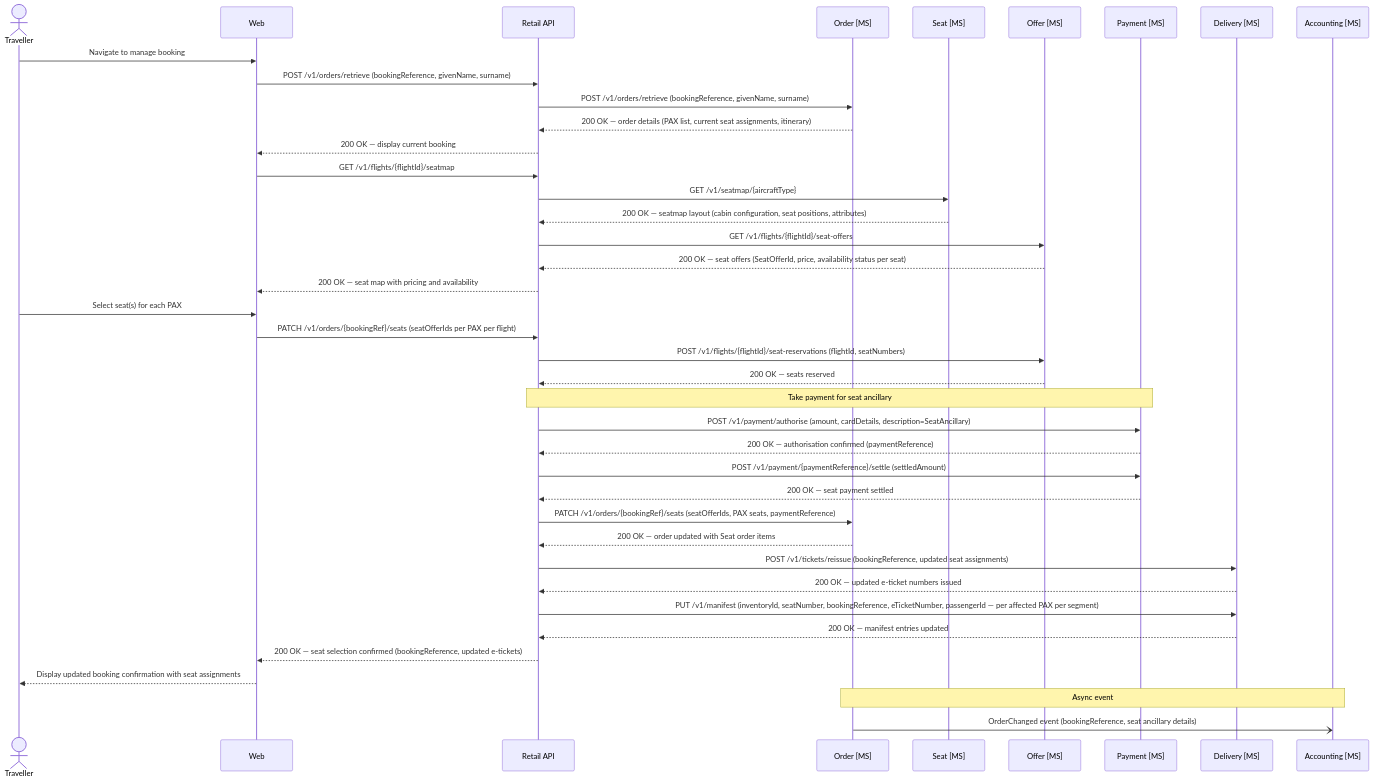
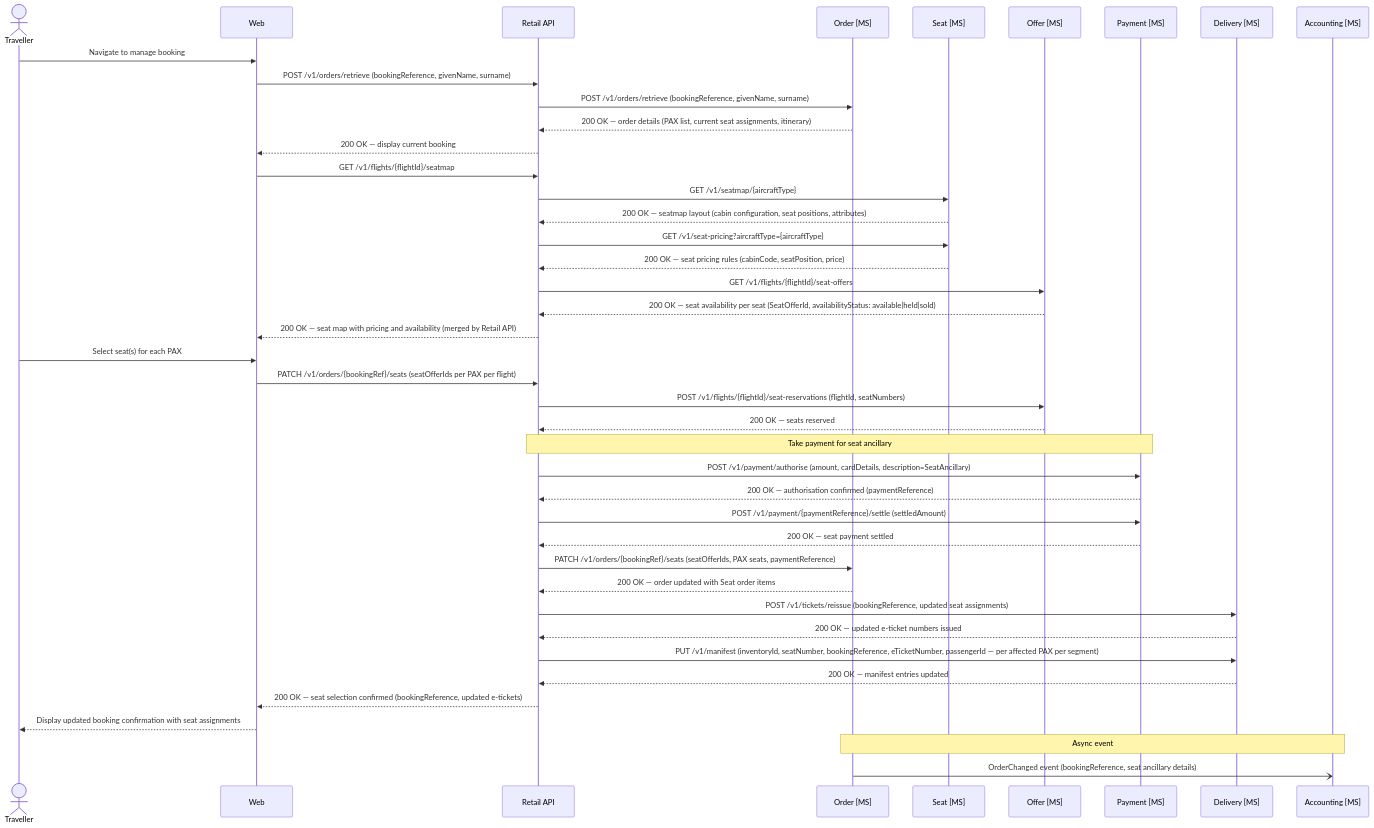
One commit to sebharvey/airline-reservation-system changed diagram 15 of 27 in architecture/design.md. Above: the diagram before and after it, drawn with Mermaid. The commit also changed other lines of this file and 2 other files, not shown here.

````diff
--- a/architecture/design.md
+++ b/architecture/design.md
@@ -1800,54 +1811,56 @@
 ```mermaid
 sequenceDiagram
     actor Traveller
     participant Web
     participant RetailAPI as Retail API
     participant OrderMS as Order [MS]
     participant SeatMS as Seat [MS]
     participant OfferMS as Offer [MS]
     participant PaymentMS as Payment [MS]
     participant DeliveryMS as Delivery [MS]
     participant AccountingMS as Accounting [MS]
 
     Traveller->>Web: Navigate to manage booking
 
     Web->>RetailAPI: POST /v1/orders/retrieve (bookingReference, givenName, surname)
     RetailAPI->>OrderMS: POST /v1/orders/retrieve (bookingReference, givenName, surname)
     OrderMS-->>RetailAPI: 200 OK — order details (PAX list, current seat assignments, itinerary)
     RetailAPI-->>Web: 200 OK — display current booking
 
     Web->>RetailAPI: GET /v1/flights/{flightId}/seatmap
     RetailAPI->>SeatMS: GET /v1/seatmap/{aircraftType}
     SeatMS-->>RetailAPI: 200 OK — seatmap layout (cabin configuration, seat positions, attributes)
+    RetailAPI->>SeatMS: GET /v1/seat-pricing?aircraftType={aircraftType}
+    SeatMS-->>RetailAPI: 200 OK — seat pricing rules (cabinCode, seatPosition, price)
     RetailAPI->>OfferMS: GET /v1/flights/{flightId}/seat-offers
-    OfferMS-->>RetailAPI: 200 OK — seat offers (SeatOfferId, price, availability status per seat)
-    RetailAPI-->>Web: 200 OK — seat map with pricing and availability
+    OfferMS-->>RetailAPI: 200 OK — seat availability per seat (SeatOfferId, availabilityStatus: available|held|sold)
+    RetailAPI-->>Web: 200 OK — seat map with pricing and availability (merged by Retail API)
 
     Traveller->>Web: Select seat(s) for each PAX
 
     Web->>RetailAPI: PATCH /v1/orders/{bookingRef}/seats (seatOfferIds per PAX per flight)
 
     RetailAPI->>OfferMS: POST /v1/flights/{flightId}/seat-reservations (flightId, seatNumbers)
     OfferMS-->>RetailAPI: 200 OK — seats reserved
 
     Note over RetailAPI, PaymentMS: Take payment for seat ancillary
     RetailAPI->>PaymentMS: POST /v1/payment/authorise (amount, cardDetails, description=SeatAncillary)
     PaymentMS-->>RetailAPI: 200 OK — authorisation confirmed (paymentReference)
     RetailAPI->>PaymentMS: POST /v1/payment/{paymentReference}/settle (settledAmount)
     PaymentMS-->>RetailAPI: 200 OK — seat payment settled
 
     RetailAPI->>OrderMS: PATCH /v1/orders/{bookingRef}/seats (seatOfferIds, PAX seats, paymentReference)
     OrderMS-->>RetailAPI: 200 OK — order updated with Seat order items
 
     RetailAPI->>DeliveryMS: POST /v1/tickets/reissue (bookingReference, updated seat assignments)
     DeliveryMS-->>RetailAPI: 200 OK — updated e-ticket numbers issued
 
     RetailAPI->>DeliveryMS: PUT /v1/manifest (inventoryId, seatNumber, bookingReference, eTicketNumber, passengerId — per affected PAX per segment)
     DeliveryMS-->>RetailAPI: 200 OK — manifest entries updated
 
     RetailAPI-->>Web: 200 OK — seat selection confirmed (bookingReference, updated e-tickets)
     Web-->>Traveller: Display updated booking confirmation with seat assignments
 
     Note over OrderMS, AccountingMS: Async event
     OrderMS-)AccountingMS: OrderChanged event (bookingReference, seat ancillary details)
 ```
````
